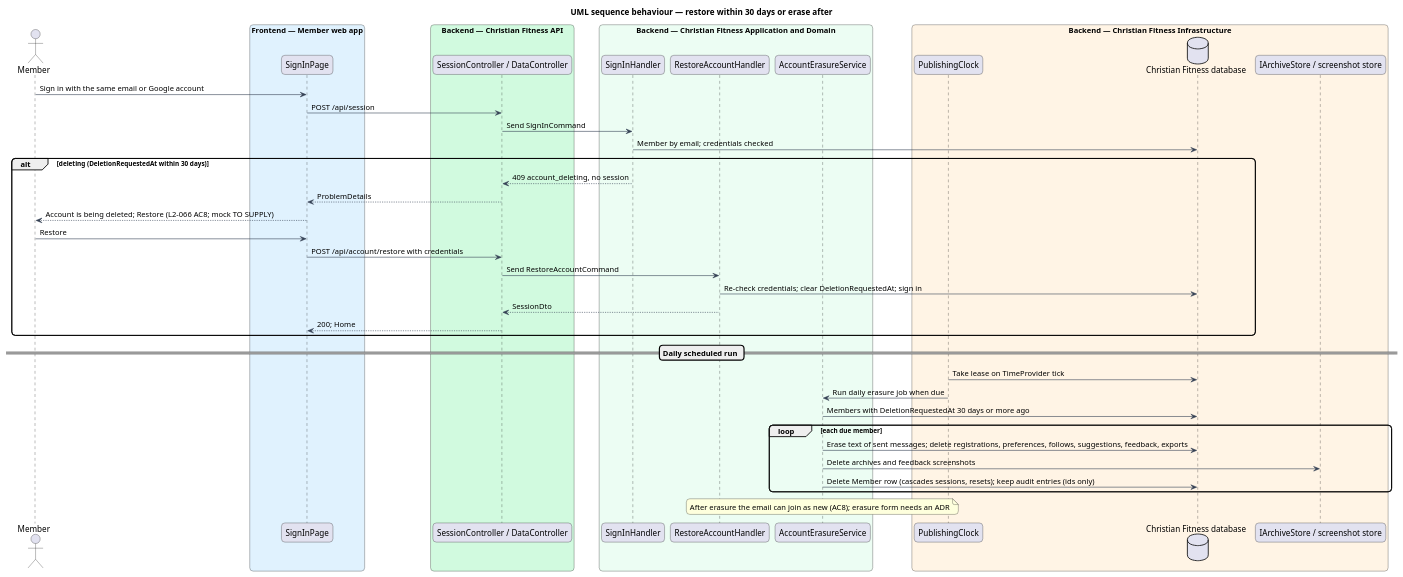
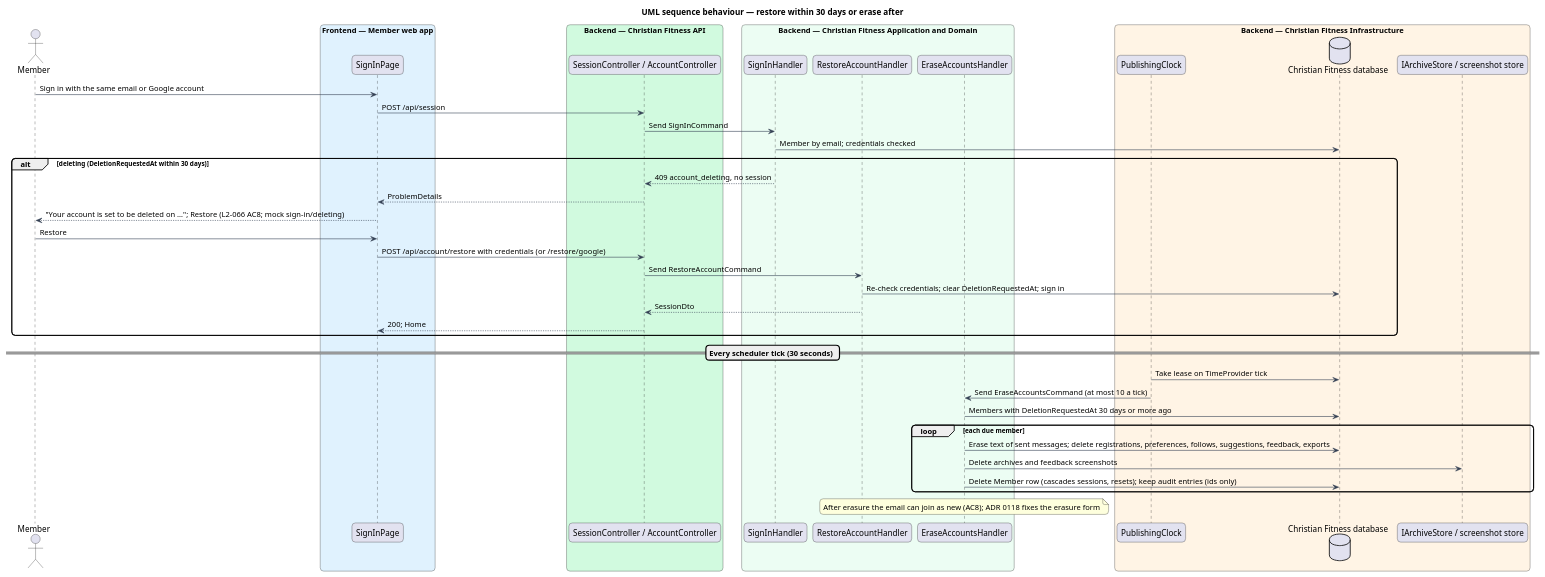
One commit to QuinntyneBrown/christian-fitness changed the diagram in docs/detailed-designs/preferences/download-and-delete-data/diagrams/sequence-restore-or-erase.puml. Above: the diagram before and after it, drawn with PlantUML. The commit also changed 106 other files, not shown here.

```diff
--- a/docs/detailed-designs/preferences/download-and-delete-data/diagrams/sequence-restore-or-erase.puml
+++ b/docs/detailed-designs/preferences/download-and-delete-data/diagrams/sequence-restore-or-erase.puml
@@ -1,50 +1,50 @@
 @startuml
 title UML sequence behaviour — restore within 30 days or erase after
 skinparam backgroundColor #FFFFFF
 skinparam shadowing false
 skinparam roundcorner 12
 skinparam defaultFontName Arial
 skinparam ArrowColor #344054
 actor "Member" as actor
 box "Frontend — Member web app" #E0F2FE
   participant "SignInPage" as page
 end box
 box "Backend — Christian Fitness API" #D1FADF
-  participant "SessionController / DataController" as ctrl
+  participant "SessionController / AccountController" as ctrl
 end box
 box "Backend — Christian Fitness Application and Domain" #ECFDF3
   participant "SignInHandler" as signin
   participant "RestoreAccountHandler" as restore
-  participant "AccountErasureService" as erase
+  participant "EraseAccountsHandler" as erase
 end box
 box "Backend — Christian Fitness Infrastructure" #FFF4E5
   participant "PublishingClock" as clock
   database "Christian Fitness database" as db
   participant "IArchiveStore / screenshot store" as files
 end box
 actor -> page : Sign in with the same email or Google account
 page -> ctrl : POST /api/session
 ctrl -> signin : Send SignInCommand
 signin -> db : Member by email; credentials checked
 alt deleting (DeletionRequestedAt within 30 days)
   signin --> ctrl : 409 account_deleting, no session
   ctrl --> page : ProblemDetails
-  page --> actor : Account is being deleted; Restore (L2-066 AC8; mock TO SUPPLY)
+  page --> actor : "Your account is set to be deleted on …"; Restore (L2-066 AC8; mock sign-in/deleting)
   actor -> page : Restore
-  page -> ctrl : POST /api/account/restore with credentials
+  page -> ctrl : POST /api/account/restore with credentials (or /restore/google)
   ctrl -> restore : Send RestoreAccountCommand
   restore -> db : Re-check credentials; clear DeletionRequestedAt; sign in
   restore --> ctrl : SessionDto
   ctrl --> page : 200; Home
 end
-== Daily scheduled run ==
+== Every scheduler tick (30 seconds) ==
 clock -> db : Take lease on TimeProvider tick
-clock -> erase : Run daily erasure job when due
+clock -> erase : Send EraseAccountsCommand (at most 10 a tick)
 erase -> db : Members with DeletionRequestedAt 30 days or more ago
 loop each due member
   erase -> db : Erase text of sent messages; delete registrations, preferences, follows, suggestions, feedback, exports
   erase -> files : Delete archives and feedback screenshots
   erase -> db : Delete Member row (cascades sessions, resets); keep audit entries (ids only)
 end
-note over erase : After erasure the email can join as new (AC8); erasure form needs an ADR
+note over erase : After erasure the email can join as new (AC8); ADR 0118 fixes the erasure form
 @enduml
```
